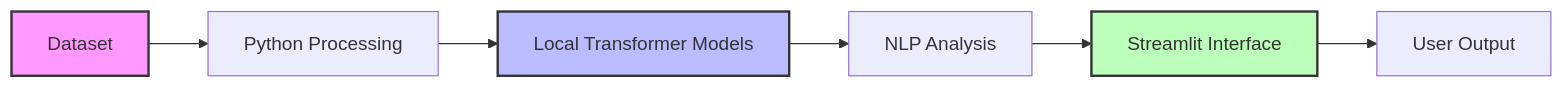
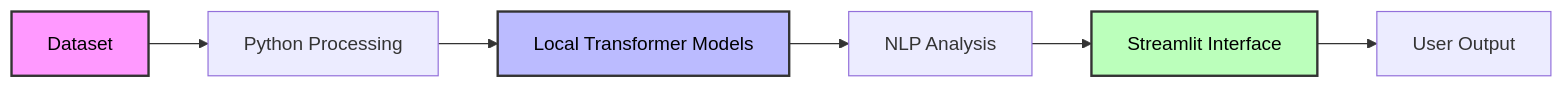
Before and after one commit to shamshuddinmgm/SummifyAI: the diagram in README.md, drawn with Mermaid. The commit also changed other lines of this file, not shown here.

First line of the commit message:
Refactor README links and diagram styles

````diff
--- a/README.md
+++ b/README.md
@@ -44,12 +44,12 @@
 ```mermaid
 graph LR
     A[Dataset] --> B[Python Processing]
     B --> C[Local Transformer Models]
     C --> D[NLP Analysis]
     D --> E[Streamlit Interface]
     E --> F[User Output]
     
-    style A fill:#f9f,stroke:#333,stroke-width:2px
-    style C fill:#bbf,stroke:#333,stroke-width:2px
-    style E fill:#bfb,stroke:#333,stroke-width:2px
+    style A fill:#f9f,stroke:#333,stroke-width:2px,color:#000
+    style C fill:#bbf,stroke:#333,stroke-width:2px,color:#000
+    style E fill:#bfb,stroke:#333,stroke-width:2px,color:#000
 ```
````
